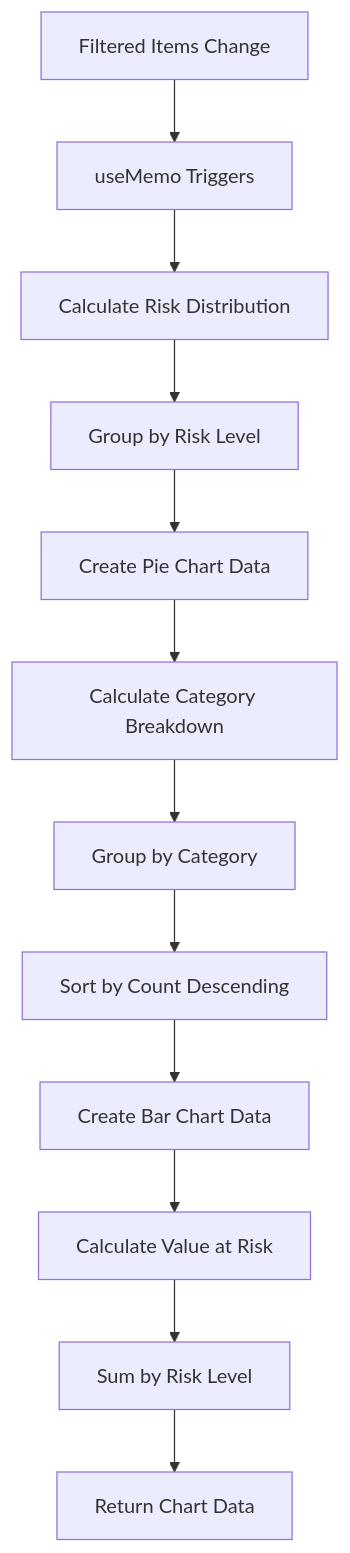
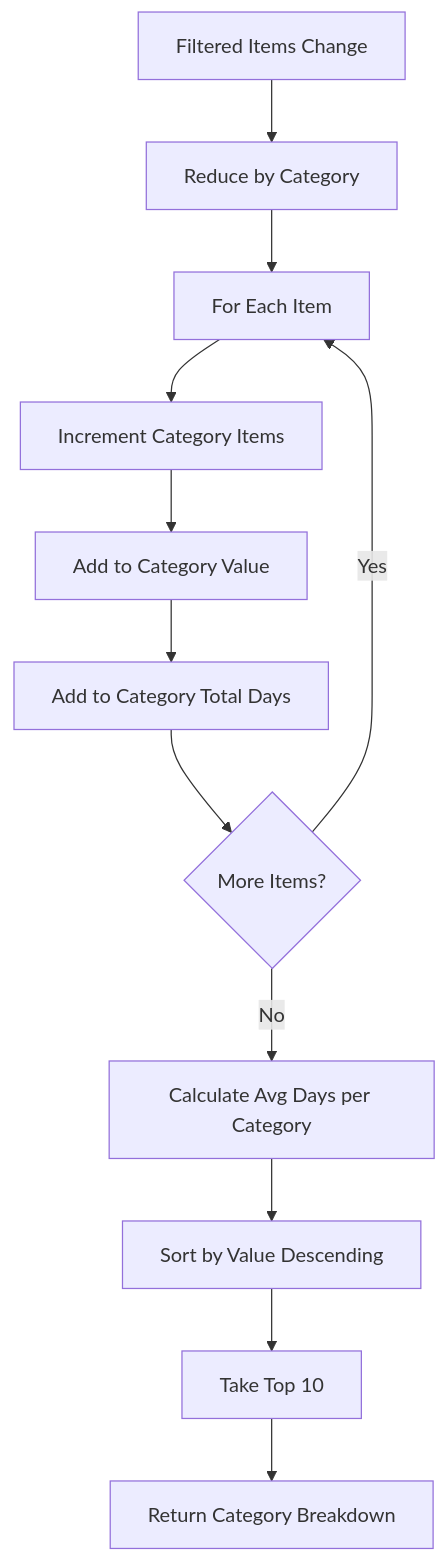
The eighth of 18 diagrams in docs/app/inventory-management/stock-overview/slow-moving/FD-slow-moving.md (PeakMNA/carmen), drawn with Mermaid before and after one commit. The commit also changed other lines of this file and 473 other files, not shown here.

````diff
--- a/docs/app/inventory-management/stock-overview/slow-moving/FD-slow-moving.md
+++ b/docs/app/inventory-management/stock-overview/slow-moving/FD-slow-moving.md
@@ -117,14 +174,14 @@
 ```mermaid
 flowchart TD
-    A[Filtered Items Change] --> B[useMemo Triggers]
-    B --> C[Calculate Risk Distribution]
-    C --> D[Group by Risk Level]
-    D --> E[Create Pie Chart Data]
-    E --> F[Calculate Category Breakdown]
-    F --> G[Group by Category]
-    G --> H[Sort by Count Descending]
-    H --> I[Create Bar Chart Data]
-    I --> J[Calculate Value at Risk]
-    J --> K[Sum by Risk Level]
-    K --> L[Return Chart Data]
+    A[Filtered Items Change] --> B[Reduce by Category]
+    B --> C[For Each Item]
+    C --> D[Increment Category Items]
+    D --> E[Add to Category Value]
+    E --> F[Add to Category Total Days]
+    F --> G{More Items?}
+    G -->|Yes| C
+    G -->|No| H[Calculate Avg Days per Category]
+    H --> I[Sort by Value Descending]
+    I --> J[Take Top 10]
+    J --> K[Return Category Breakdown]
 ```
````
